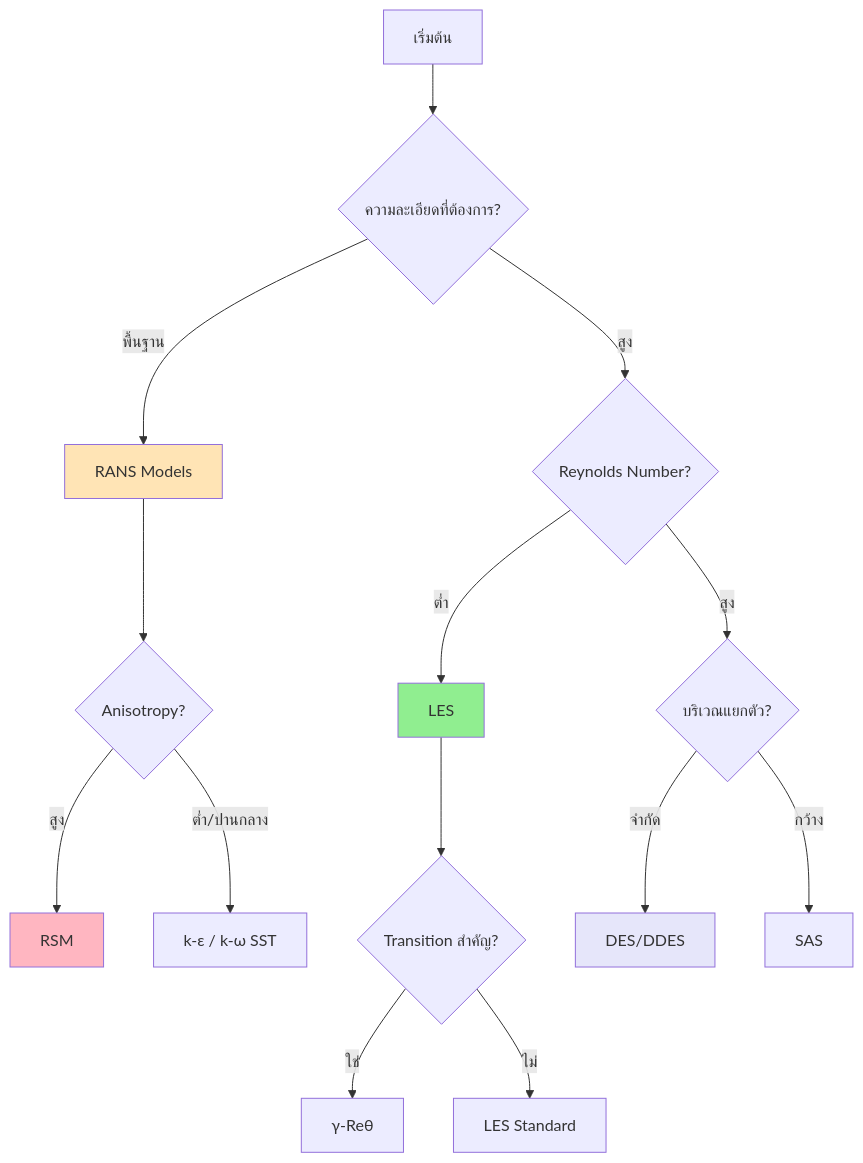
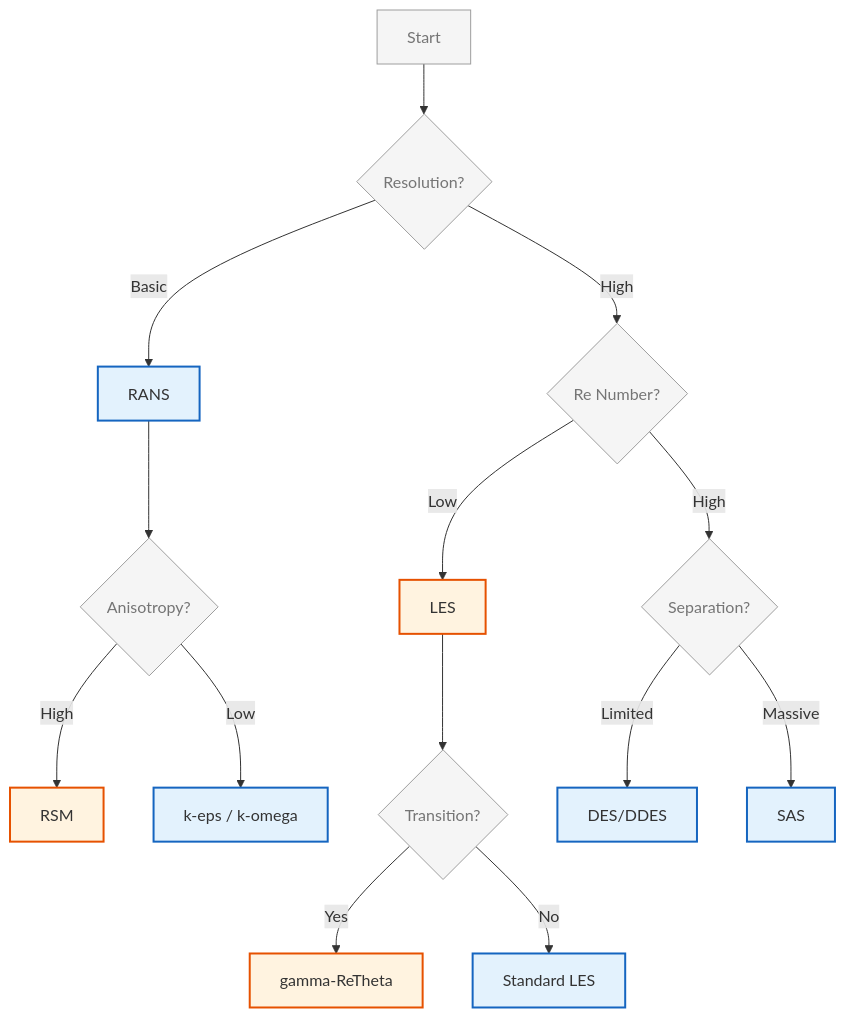
One commit to wramet/build-my-cfd changed the fourth of 4 diagrams in MODULE_03_SINGLE_PHASE_FLOW/CONTENT/07_ADVANCED_TOPICS/02_Advanced_Turbulence.md. Above: the diagram before and after it, drawn with Mermaid. The commit also changed other lines of this file and 313 other files, not shown here.

Commit message:
Revise all diagram

````diff
--- a/MODULE_03_SINGLE_PHASE_FLOW/CONTENT/07_ADVANCED_TOPICS/02_Advanced_Turbulence.md
+++ b/MODULE_03_SINGLE_PHASE_FLOW/CONTENT/07_ADVANCED_TOPICS/02_Advanced_Turbulence.md
@@ -721,25 +728,25 @@
 ```mermaid
 flowchart TD
-    A[เริ่มต้น] --> B{ความละเอียดที่ต้องการ?}
-    B -->|พื้นฐาน| C[RANS Models]
-    B -->|สูง| D{Reynolds Number?}
+%% Classes
+classDef explicit fill:#fff3e0,stroke:#e65100,stroke-width:2px;
+classDef implicit fill:#e3f2fd,stroke:#1565c0,stroke-width:2px;
+classDef context fill:#f5f5f5,stroke:#9e9e9e,stroke-width:1px,color:#757575;
+%% Nodes
+A[Start]:::context --> B{Resolution?}:::context
+B -->|Basic| C[RANS]:::implicit
+B -->|High| D{Re Number?}:::context
 
-    D -->|ต่ำ| E[LES]
-    D -->|สูง| F{บริเวณแยกตัว?}
+D -->|Low| E[LES]:::explicit
+D -->|High| F{Separation?}:::context
 
-    F -->|จำกัด| G[DES/DDES]
-    F -->|กว้าง| H[SAS]
+F -->|Limited| G[DES/DDES]:::implicit
+F -->|Massive| H[SAS]:::implicit
 
-    C --> I{Anisotropy?}
-    I -->|สูง| J[RSM]
-    I -->|ต่ำ/ปานกลาง| K[k-ε / k-ω SST]
+C --> I{Anisotropy?}:::context
+I -->|High| J[RSM]:::explicit
+I -->|Low| K[k-eps / k-omega]:::implicit
 
-    E --> L{Transition สำคัญ?}
-    L -->|ใช่| M[γ-Reθ]
-    L -->|ไม่| N[LES Standard]
-
-    style C fill:#FFE4B5
-    style E fill:#90EE90
-    style G fill:#E6E6FA
-    style J fill:#FFB6C1
+E --> L{Transition?}:::context
+L -->|Yes| M[gamma-ReTheta]:::explicit
+L -->|No| N[Standard LES]:::implicit
 ```
````
